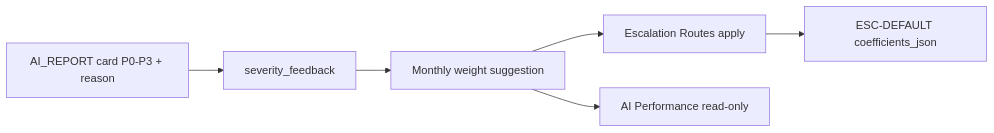
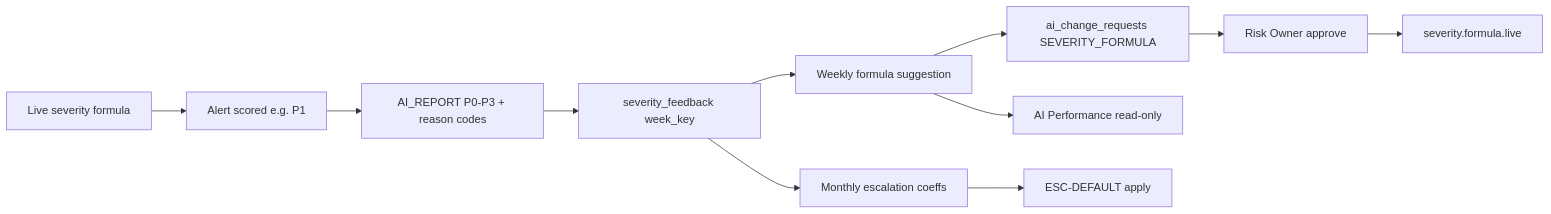
One commit to hxyan2020/PRD changed the tenth of 10 diagrams in platform/docs/PRD.md. Above: the diagram before and after it, drawn with Mermaid. The commit also changed other lines of this file and 20 other files, not shown here.

First line of the commit message:
Add severity formula optimisation loop with RO approval.

````diff
--- a/platform/docs/PRD.md
+++ b/platform/docs/PRD.md
@@ -360,8 +362,13 @@
 ```mermaid
 flowchart LR
-  Card[AI_REPORT card P0-P3 + reason] --> FB[severity_feedback]
-  FB --> Pack[Monthly weight suggestion]
-  Pack --> Esc[Escalation Routes apply]
-  Esc --> Coeff[ESC-DEFAULT coefficients_json]
-  Pack --> Perf[AI Performance read-only]
+  Formula[Live severity formula] --> Alert[Alert scored e.g. P1]
+  Alert --> Card[AI_REPORT P0-P3 + reason codes]
+  Card --> FB[severity_feedback week_key]
+  FB --> Week[Weekly formula suggestion]
+  Week --> CR[ai_change_requests SEVERITY_FORMULA]
+  CR --> RO[Risk Owner approve]
+  RO --> Live[severity.formula.live]
+  FB --> Pack[Monthly escalation coeffs]
+  Pack --> Esc[ESC-DEFAULT apply]
+  Week --> Perf[AI Performance read-only]
 ```
````
